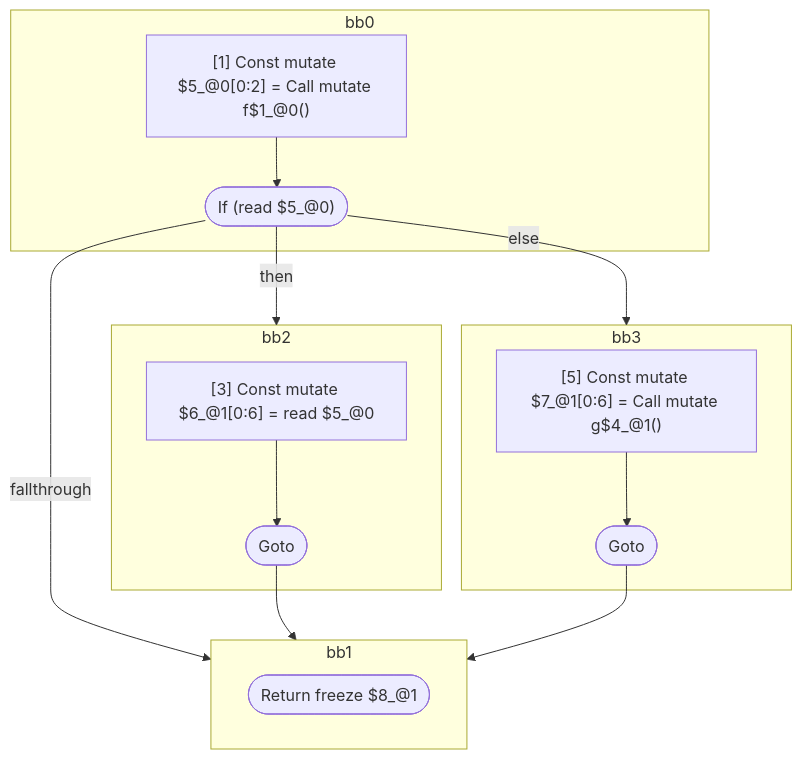
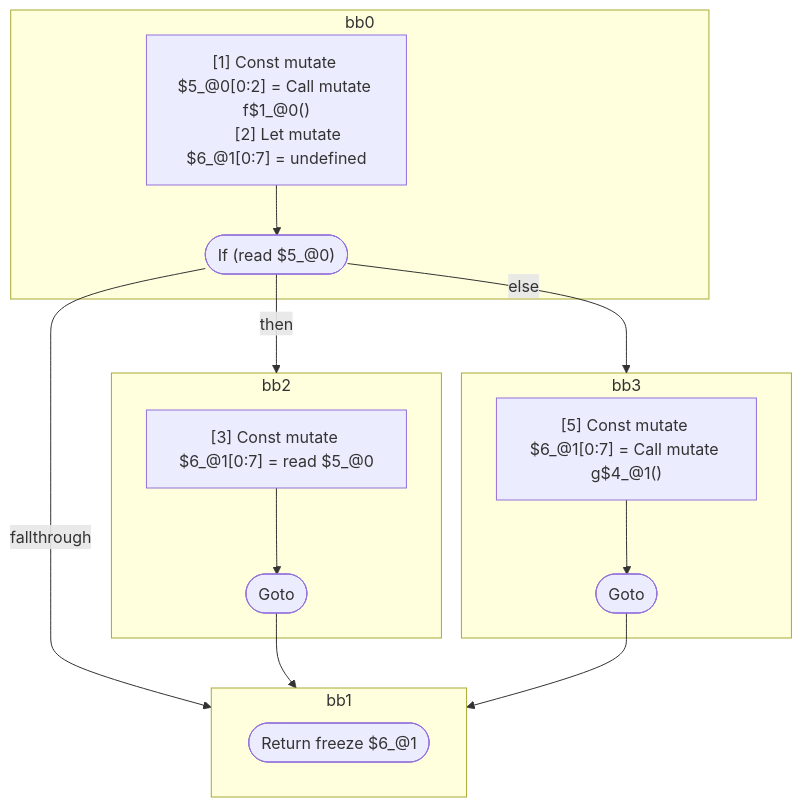
One commit to wutsmog/private changed the second of 5 diagrams in compiler/forget/src/__tests__/fixtures/hir/logical-expression.expect.md. Above: the diagram before and after it, drawn with Mermaid. The commit also changed other lines of this file and 61 other files, not shown here.

````diff
--- a/compiler/forget/src/__tests__/fixtures/hir/logical-expression.expect.md
+++ b/compiler/forget/src/__tests__/fixtures/hir/logical-expression.expect.md
@@ -113,33 +114,34 @@
 ```mermaid
 flowchart TB
   %% Basic Blocks
   subgraph bb0
     bb0_instrs["
       [1] Const mutate $5_@0[0:2] = Call mutate f$1_@0()
+      [2] Let mutate $6_@1[0:7] = undefined
     "]
     bb0_instrs --> bb0_terminal(["If (read $5_@0)"])
   end
   subgraph bb2
     bb2_instrs["
-      [3] Const mutate $6_@1[0:6] = read $5_@0
+      [3] Const mutate $6_@1[0:7] = read $5_@0
     "]
     bb2_instrs --> bb2_terminal(["Goto"])
   end
   subgraph bb3
     bb3_instrs["
-      [5] Const mutate $7_@1[0:6] = Call mutate g$4_@1()
+      [5] Const mutate $6_@1[0:7] = Call mutate g$4_@1()
     "]
     bb3_instrs --> bb3_terminal(["Goto"])
   end
   subgraph bb1
-    bb1_terminal(["Return freeze $8_@1"])
+    bb1_terminal(["Return freeze $6_@1"])
   end
 
   %% Jumps
   bb0_terminal -- "then" --> bb2
   bb0_terminal -- "else" --> bb3
   bb0_terminal -- "fallthrough" --> bb1
   bb2_terminal --> bb1
   bb3_terminal --> bb1
 
 ```
````
